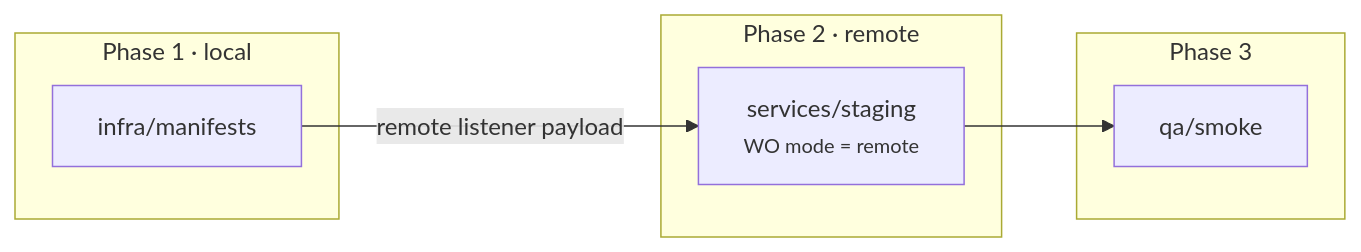
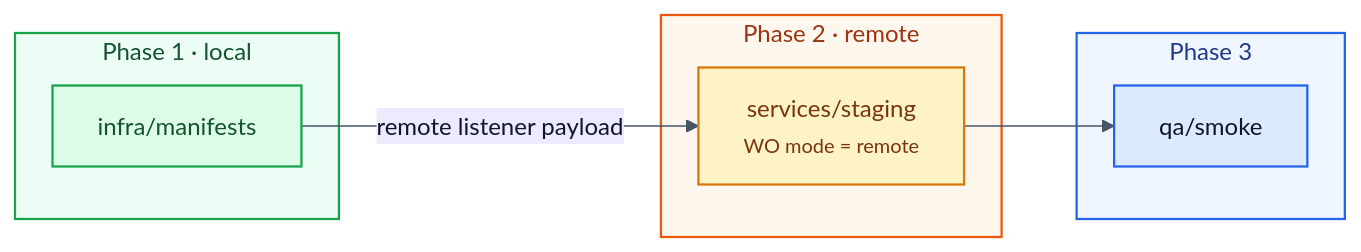
Before and after one commit to matteblack9/coding-agent-fabric: the eighth of 12 diagrams in README.md, drawn with Mermaid. The commit also changed other lines of this file, not shown here.

Commit message:
docs: colorize README mermaid diagrams

````diff
--- a/README.md
+++ b/README.md
@@ -300,16 +387,27 @@
 ```mermaid
+%%{init: {"theme":"base","themeVariables":{"primaryColor":"#E6F1FB","primaryTextColor":"#0F172A","primaryBorderColor":"#185FA5","secondaryColor":"#EDE9FE","secondaryTextColor":"#1F2937","secondaryBorderColor":"#7C3AED","tertiaryColor":"#ECFDF5","tertiaryTextColor":"#14532D","tertiaryBorderColor":"#16A34A","lineColor":"#475569","clusterBkg":"#F8FAFC","clusterBorder":"#94A3B8","noteBkgColor":"#FEF3C7","noteTextColor":"#78350F","noteBorderColor":"#D97706","activationBkgColor":"#DBEAFE","activationBorderColor":"#2563EB","sequenceNumberColor":"#0F172A"}}}%%
 flowchart LR
     subgraph P1["Phase 1 · local"]
         A["infra/manifests"]
     end
 
     subgraph P2["Phase 2 · remote"]
         B["services/staging<br/><small>WO mode = remote</small>"]
     end
 
     subgraph P3["Phase 3"]
         C["qa/smoke"]
     end
 
     A -->|"remote listener payload"| B --> C
+
+    classDef local fill:#DCFCE7,stroke:#16A34A,color:#14532D,stroke-width:1.5px
+    classDef remote fill:#FEF3C7,stroke:#D97706,color:#78350F,stroke-width:1.5px
+    classDef verify fill:#DBEAFE,stroke:#2563EB,color:#0F172A,stroke-width:1.5px
+    style P1 fill:#ECFDF5,stroke:#16A34A,stroke-width:1.5px,color:#14532D
+    style P2 fill:#FFF7ED,stroke:#EA580C,stroke-width:1.5px,color:#9A3412
+    style P3 fill:#EFF6FF,stroke:#2563EB,stroke-width:1.5px,color:#1E3A8A
+    class A local
+    class B remote
+    class C verify
 ```
````
